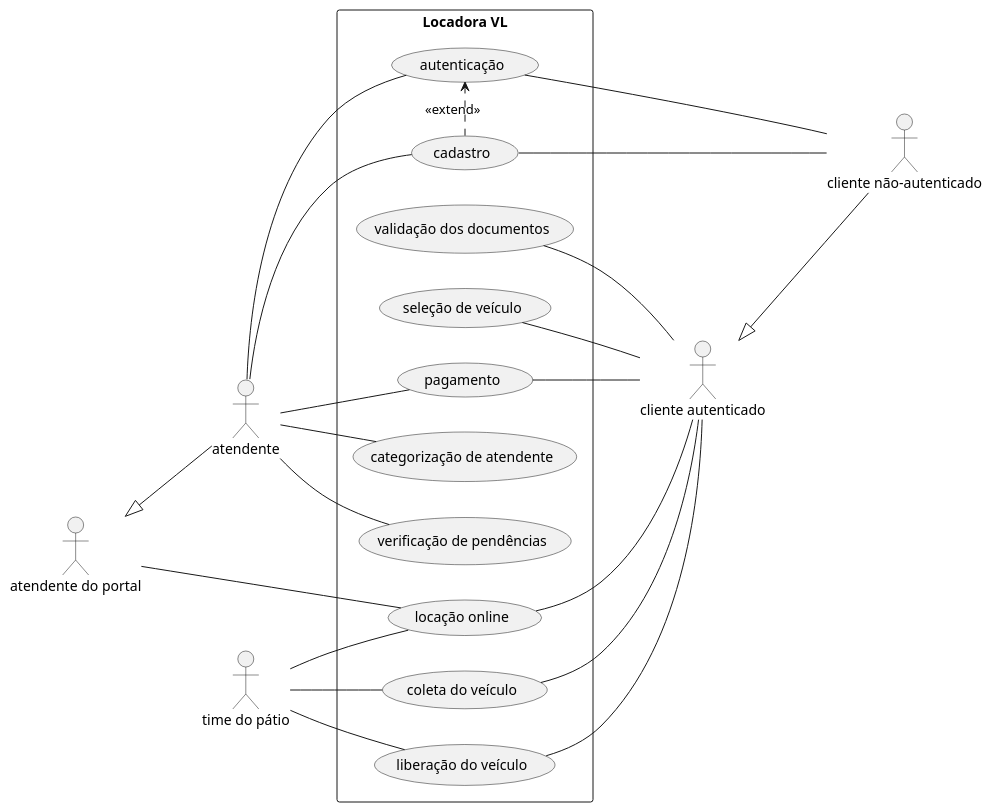
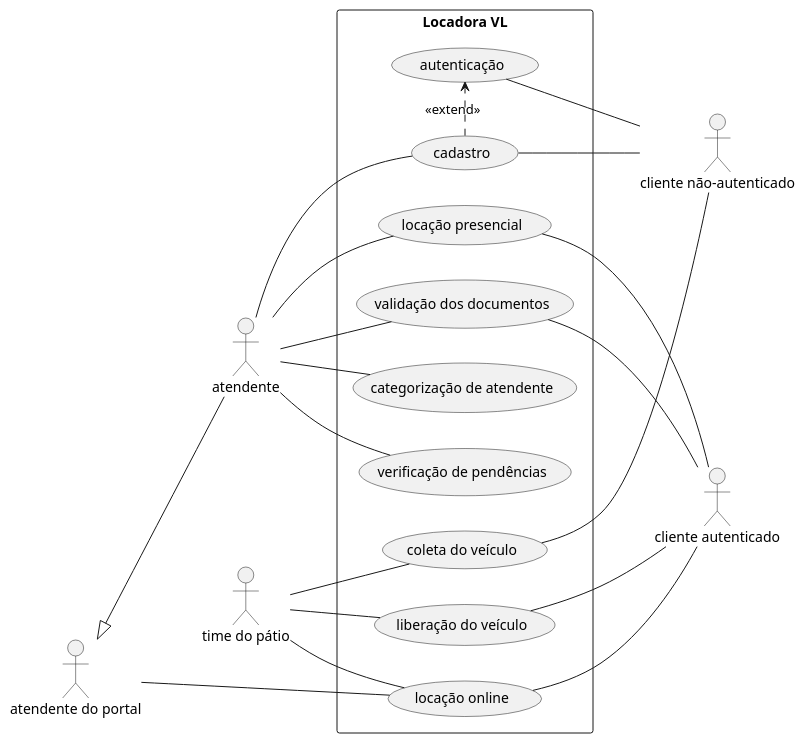
Before and after one commit to sociedade-do-pastel/vl: the diagram in use-case.org, drawn with PlantUML. The commit also changed other lines of this file and 1 other file, not shown here.

Commit message:
Refactor de alguns casos de uso e diagrama

```diff
--- a/use-case.org
+++ b/use-case.org
@@ -14,33 +14,31 @@
 #+begin_src plantuml :file images/caso_de_uso.png
   left to right direction
   skinparam packageStyle rectangle
 
   :cliente não-autenticado: as cliente
   actor atendente
   :atendente do portal: as atPortal
   atPortal <|-- atendente
   :time do pátio: as patime
   :cliente autenticado: as cladastrado
-  cladastrado <|-- cliente
 
   rectangle "Locadora VL" {
-      atendente -- (autenticação)
       (autenticação) -- cliente
       atendente -- (cadastro)
       (cadastro) -- cliente
+      atendente -- (validação dos documentos)
       (validação dos documentos) -- cladastrado
-      (seleção de veículo) -- cladastrado
-      (pagamento) -- cladastrado
       (cadastro) .> (autenticação)  : <<extend>>
       atendente -- (categorização de atendente)
       atendente -- (verificação de pendências)
       atPortal -- (locação online)
       (locação online) -- cladastrado
       patime -- (locação online)
-      atendente -- (pagamento)
-      patime -- (coleta do veículo)
-      (coleta do veículo) -- cladastrado
       patime -- (liberação do veículo)
       (liberação do veículo) -- cladastrado
+      patime -- (coleta do veículo)
+      (coleta do veículo) -right- cliente
+      atendente -- (locação presencial)
+      (locação presencial) -- cladastrado
   }
 #+end_src
```
